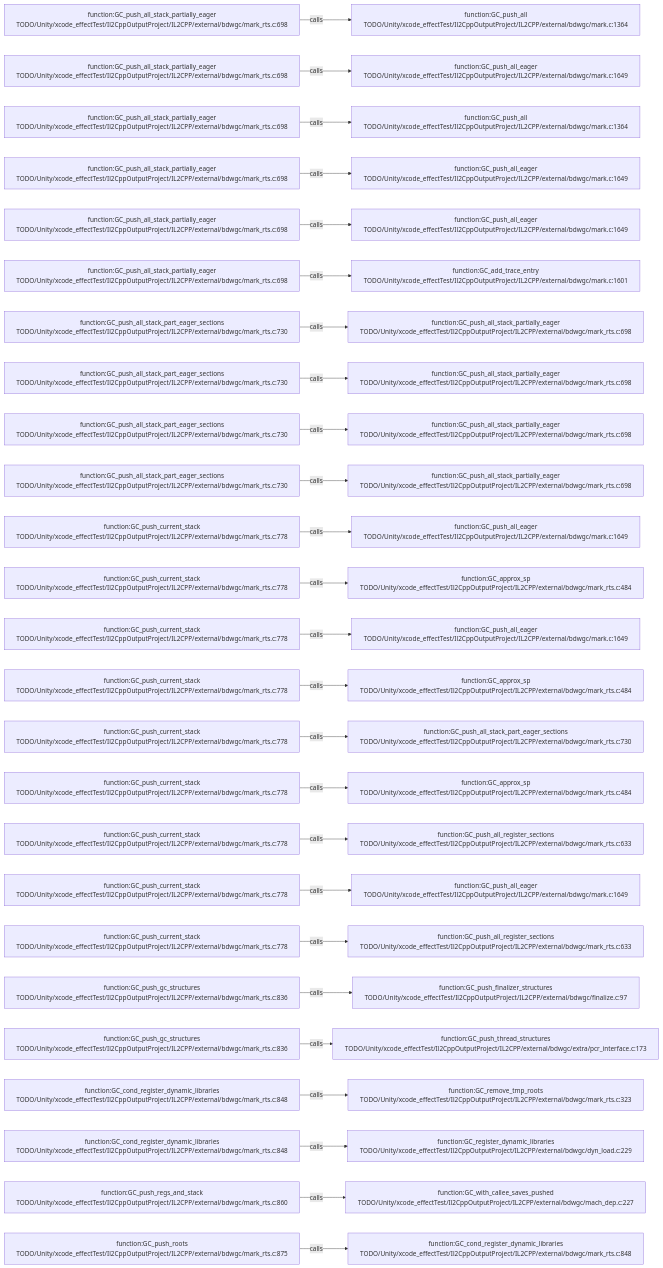
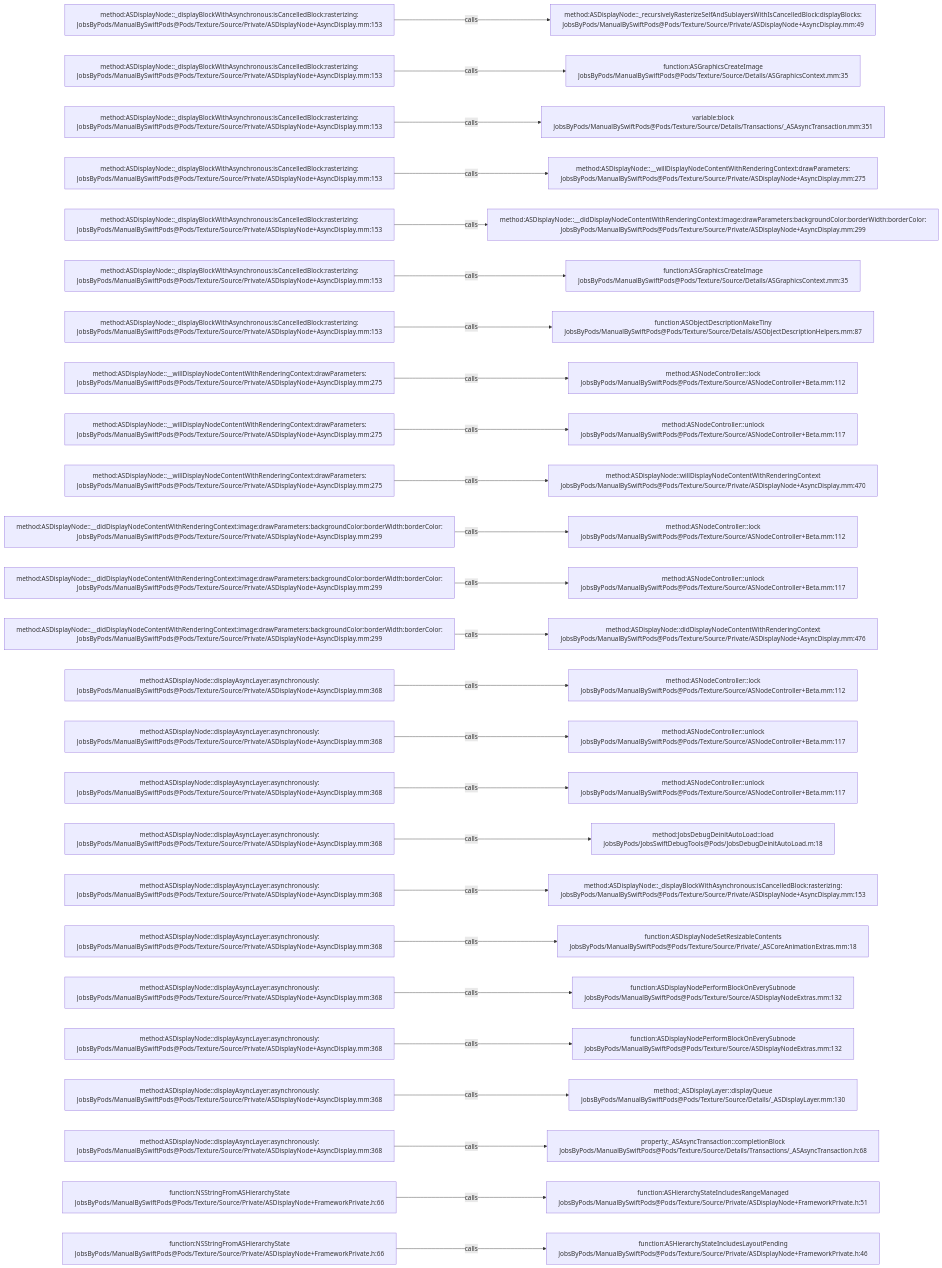
The diagram in .codegraph/codegraph.md/graphs/calls-136.md (JobsKits/JobsSwiftBaseConfigDemo), drawn with Mermaid before and after one commit. The commit also changed 2959 other files, not shown here.

````diff
--- a/.codegraph/codegraph.md/graphs/calls-136.md
+++ b/.codegraph/codegraph.md/graphs/calls-136.md
@@ -13,78 +13,78 @@
 ```mermaid
 flowchart LR
-  S1["function:GC_push_all_stack_partially_eager<br/>TODO/Unity/xcode_effectTest/Il2CppOutputProject/IL2CPP/external/bdwgc/mark_rts.c:698"]
-  T1["function:GC_push_all<br/>TODO/Unity/xcode_effectTest/Il2CppOutputProject/IL2CPP/external/bdwgc/mark.c:1364"]
+  S1["method:ASDisplayNode::_displayBlockWithAsynchronous:isCancelledBlock:rasterizing:<br/>JobsByPods/ManualBySwiftPods@Pods/Texture/Source/Private/ASDisplayNode+AsyncDisplay.mm:153"]
+  T1["method:ASDisplayNode::_recursivelyRasterizeSelfAndSublayersWithIsCancelledBlock:displayBlocks:<br/>JobsByPods/ManualBySwiftPods@Pods/Texture/Source/Private/ASDisplayNode+AsyncDisplay.mm:49"]
   S1 -->|calls| T1
-  S2["function:GC_push_all_stack_partially_eager<br/>TODO/Unity/xcode_effectTest/Il2CppOutputProject/IL2CPP/external/bdwgc/mark_rts.c:698"]
-  T2["function:GC_push_all_eager<br/>TODO/Unity/xcode_effectTest/Il2CppOutputProject/IL2CPP/external/bdwgc/mark.c:1649"]
+  S2["method:ASDisplayNode::_displayBlockWithAsynchronous:isCancelledBlock:rasterizing:<br/>JobsByPods/ManualBySwiftPods@Pods/Texture/Source/Private/ASDisplayNode+AsyncDisplay.mm:153"]
+  T2["function:ASGraphicsCreateImage<br/>JobsByPods/ManualBySwiftPods@Pods/Texture/Source/Details/ASGraphicsContext.mm:35"]
   S2 -->|calls| T2
-  S3["function:GC_push_all_stack_partially_eager<br/>TODO/Unity/xcode_effectTest/Il2CppOutputProject/IL2CPP/external/bdwgc/mark_rts.c:698"]
-  T3["function:GC_push_all<br/>TODO/Unity/xcode_effectTest/Il2CppOutputProject/IL2CPP/external/bdwgc/mark.c:1364"]
+  S3["method:ASDisplayNode::_displayBlockWithAsynchronous:isCancelledBlock:rasterizing:<br/>JobsByPods/ManualBySwiftPods@Pods/Texture/Source/Private/ASDisplayNode+AsyncDisplay.mm:153"]
+  T3["variable:block<br/>JobsByPods/ManualBySwiftPods@Pods/Texture/Source/Details/Transactions/_ASAsyncTransaction.mm:351"]
   S3 -->|calls| T3
-  S4["function:GC_push_all_stack_partially_eager<br/>TODO/Unity/xcode_effectTest/Il2CppOutputProject/IL2CPP/external/bdwgc/mark_rts.c:698"]
-  T4["function:GC_push_all_eager<br/>TODO/Unity/xcode_effectTest/Il2CppOutputProject/IL2CPP/external/bdwgc/mark.c:1649"]
+  S4["method:ASDisplayNode::_displayBlockWithAsynchronous:isCancelledBlock:rasterizing:<br/>JobsByPods/ManualBySwiftPods@Pods/Texture/Source/Private/ASDisplayNode+AsyncDisplay.mm:153"]
+  T4["method:ASDisplayNode::__willDisplayNodeContentWithRenderingContext:drawParameters:<br/>JobsByPods/ManualBySwiftPods@Pods/Texture/Source/Private/ASDisplayNode+AsyncDisplay.mm:275"]
   S4 -->|calls| T4
-  S5["function:GC_push_all_stack_partially_eager<br/>TODO/Unity/xcode_effectTest/Il2CppOutputProject/IL2CPP/external/bdwgc/mark_rts.c:698"]
-  T5["function:GC_push_all_eager<br/>TODO/Unity/xcode_effectTest/Il2CppOutputProject/IL2CPP/external/bdwgc/mark.c:1649"]
+  S5["method:ASDisplayNode::_displayBlockWithAsynchronous:isCancelledBlock:rasterizing:<br/>JobsByPods/ManualBySwiftPods@Pods/Texture/Source/Private/ASDisplayNode+AsyncDisplay.mm:153"]
+  T5["method:ASDisplayNode::__didDisplayNodeContentWithRenderingContext:image:drawParameters:backgroundColor:borderWidth:borderColor:<br/>JobsByPods/ManualBySwiftPods@Pods/Texture/Source/Private/ASDisplayNode+AsyncDisplay.mm:299"]
   S5 -->|calls| T5
-  S6["function:GC_push_all_stack_partially_eager<br/>TODO/Unity/xcode_effectTest/Il2CppOutputProject/IL2CPP/external/bdwgc/mark_rts.c:698"]
-  T6["function:GC_add_trace_entry<br/>TODO/Unity/xcode_effectTest/Il2CppOutputProject/IL2CPP/external/bdwgc/mark.c:1601"]
+  S6["method:ASDisplayNode::_displayBlockWithAsynchronous:isCancelledBlock:rasterizing:<br/>JobsByPods/ManualBySwiftPods@Pods/Texture/Source/Private/ASDisplayNode+AsyncDisplay.mm:153"]
+  T6["function:ASGraphicsCreateImage<br/>JobsByPods/ManualBySwiftPods@Pods/Texture/Source/Details/ASGraphicsContext.mm:35"]
   S6 -->|calls| T6
-  S7["function:GC_push_all_stack_part_eager_sections<br/>TODO/Unity/xcode_effectTest/Il2CppOutputProject/IL2CPP/external/bdwgc/mark_rts.c:730"]
-  T7["function:GC_push_all_stack_partially_eager<br/>TODO/Unity/xcode_effectTest/Il2CppOutputProject/IL2CPP/external/bdwgc/mark_rts.c:698"]
+  S7["method:ASDisplayNode::_displayBlockWithAsynchronous:isCancelledBlock:rasterizing:<br/>JobsByPods/ManualBySwiftPods@Pods/Texture/Source/Private/ASDisplayNode+AsyncDisplay.mm:153"]
+  T7["function:ASObjectDescriptionMakeTiny<br/>JobsByPods/ManualBySwiftPods@Pods/Texture/Source/Details/ASObjectDescriptionHelpers.mm:87"]
   S7 -->|calls| T7
-  S8["function:GC_push_all_stack_part_eager_sections<br/>TODO/Unity/xcode_effectTest/Il2CppOutputProject/IL2CPP/external/bdwgc/mark_rts.c:730"]
-  T8["function:GC_push_all_stack_partially_eager<br/>TODO/Unity/xcode_effectTest/Il2CppOutputProject/IL2CPP/external/bdwgc/mark_rts.c:698"]
+  S8["method:ASDisplayNode::__willDisplayNodeContentWithRenderingContext:drawParameters:<br/>JobsByPods/ManualBySwiftPods@Pods/Texture/Source/Private/ASDisplayNode+AsyncDisplay.mm:275"]
+  T8["method:ASNodeController::lock<br/>JobsByPods/ManualBySwiftPods@Pods/Texture/Source/ASNodeController+Beta.mm:112"]
   S8 -->|calls| T8
-  S9["function:GC_push_all_stack_part_eager_sections<br/>TODO/Unity/xcode_effectTest/Il2CppOutputProject/IL2CPP/external/bdwgc/mark_rts.c:730"]
-  T9["function:GC_push_all_stack_partially_eager<br/>TODO/Unity/xcode_effectTest/Il2CppOutputProject/IL2CPP/external/bdwgc/mark_rts.c:698"]
+  S9["method:ASDisplayNode::__willDisplayNodeContentWithRenderingContext:drawParameters:<br/>JobsByPods/ManualBySwiftPods@Pods/Texture/Source/Private/ASDisplayNode+AsyncDisplay.mm:275"]
+  T9["method:ASNodeController::unlock<br/>JobsByPods/ManualBySwiftPods@Pods/Texture/Source/ASNodeController+Beta.mm:117"]
   S9 -->|calls| T9
-  S10["function:GC_push_all_stack_part_eager_sections<br/>TODO/Unity/xcode_effectTest/Il2CppOutputProject/IL2CPP/external/bdwgc/mark_rts.c:730"]
-  T10["function:GC_push_all_stack_partially_eager<br/>TODO/Unity/xcode_effectTest/Il2CppOutputProject/IL2CPP/external/bdwgc/mark_rts.c:698"]
+  S10["method:ASDisplayNode::__willDisplayNodeContentWithRenderingContext:drawParameters:<br/>JobsByPods/ManualBySwiftPods@Pods/Texture/Source/Private/ASDisplayNode+AsyncDisplay.mm:275"]
+  T10["method:ASDisplayNode::willDisplayNodeContentWithRenderingContext<br/>JobsByPods/ManualBySwiftPods@Pods/Texture/Source/Private/ASDisplayNode+AsyncDisplay.mm:470"]
   S10 -->|calls| T10
-  S11["function:GC_push_current_stack<br/>TODO/Unity/xcode_effectTest/Il2CppOutputProject/IL2CPP/external/bdwgc/mark_rts.c:778"]
-  T11["function:GC_push_all_eager<br/>TODO/Unity/xcode_effectTest/Il2CppOutputProject/IL2CPP/external/bdwgc/mark.c:1649"]
+  S11["method:ASDisplayNode::__didDisplayNodeContentWithRenderingContext:image:drawParameters:backgroundColor:borderWidth:borderColor:<br/>JobsByPods/ManualBySwiftPods@Pods/Texture/Source/Private/ASDisplayNode+AsyncDisplay.mm:299"]
+  T11["method:ASNodeController::lock<br/>JobsByPods/ManualBySwiftPods@Pods/Texture/Source/ASNodeController+Beta.mm:112"]
   S11 -->|calls| T11
-  S12["function:GC_push_current_stack<br/>TODO/Unity/xcode_effectTest/Il2CppOutputProject/IL2CPP/external/bdwgc/mark_rts.c:778"]
-  T12["function:GC_approx_sp<br/>TODO/Unity/xcode_effectTest/Il2CppOutputProject/IL2CPP/external/bdwgc/mark_rts.c:484"]
+  S12["method:ASDisplayNode::__didDisplayNodeContentWithRenderingContext:image:drawParameters:backgroundColor:borderWidth:borderColor:<br/>JobsByPods/ManualBySwiftPods@Pods/Texture/Source/Private/ASDisplayNode+AsyncDisplay.mm:299"]
+  T12["method:ASNodeController::unlock<br/>JobsByPods/ManualBySwiftPods@Pods/Texture/Source/ASNodeController+Beta.mm:117"]
   S12 -->|calls| T12
-  S13["function:GC_push_current_stack<br/>TODO/Unity/xcode_effectTest/Il2CppOutputProject/IL2CPP/external/bdwgc/mark_rts.c:778"]
-  T13["function:GC_push_all_eager<br/>TODO/Unity/xcode_effectTest/Il2CppOutputProject/IL2CPP/external/bdwgc/mark.c:1649"]
+  S13["method:ASDisplayNode::__didDisplayNodeContentWithRenderingContext:image:drawParameters:backgroundColor:borderWidth:borderColor:<br/>JobsByPods/ManualBySwiftPods@Pods/Texture/Source/Private/ASDisplayNode+AsyncDisplay.mm:299"]
+  T13["method:ASDisplayNode::didDisplayNodeContentWithRenderingContext<br/>JobsByPods/ManualBySwiftPods@Pods/Texture/Source/Private/ASDisplayNode+AsyncDisplay.mm:476"]
   S13 -->|calls| T13
-  S14["function:GC_push_current_stack<br/>TODO/Unity/xcode_effectTest/Il2CppOutputProject/IL2CPP/external/bdwgc/mark_rts.c:778"]
-  T14["function:GC_approx_sp<br/>TODO/Unity/xcode_effectTest/Il2CppOutputProject/IL2CPP/external/bdwgc/mark_rts.c:484"]
+  S14["method:ASDisplayNode::displayAsyncLayer:asynchronously:<br/>JobsByPods/ManualBySwiftPods@Pods/Texture/Source/Private/ASDisplayNode+AsyncDisplay.mm:368"]
+  T14["method:ASNodeController::lock<br/>JobsByPods/ManualBySwiftPods@Pods/Texture/Source/ASNodeController+Beta.mm:112"]
   S14 -->|calls| T14
-  S15["function:GC_push_current_stack<br/>TODO/Unity/xcode_effectTest/Il2CppOutputProject/IL2CPP/external/bdwgc/mark_rts.c:778"]
-  T15["function:GC_push_all_stack_part_eager_sections<br/>TODO/Unity/xcode_effectTest/Il2CppOutputProject/IL2CPP/external/bdwgc/mark_rts.c:730"]
+  S15["method:ASDisplayNode::displayAsyncLayer:asynchronously:<br/>JobsByPods/ManualBySwiftPods@Pods/Texture/Source/Private/ASDisplayNode+AsyncDisplay.mm:368"]
+  T15["method:ASNodeController::unlock<br/>JobsByPods/ManualBySwiftPods@Pods/Texture/Source/ASNodeController+Beta.mm:117"]
   S15 -->|calls| T15
-  S16["function:GC_push_current_stack<br/>TODO/Unity/xcode_effectTest/Il2CppOutputProject/IL2CPP/external/bdwgc/mark_rts.c:778"]
-  T16["function:GC_approx_sp<br/>TODO/Unity/xcode_effectTest/Il2CppOutputProject/IL2CPP/external/bdwgc/mark_rts.c:484"]
+  S16["method:ASDisplayNode::displayAsyncLayer:asynchronously:<br/>JobsByPods/ManualBySwiftPods@Pods/Texture/Source/Private/ASDisplayNode+AsyncDisplay.mm:368"]
+  T16["method:ASNodeController::unlock<br/>JobsByPods/ManualBySwiftPods@Pods/Texture/Source/ASNodeController+Beta.mm:117"]
   S16 -->|calls| T16
-  S17["function:GC_push_current_stack<br/>TODO/Unity/xcode_effectTest/Il2CppOutputProject/IL2CPP/external/bdwgc/mark_rts.c:778"]
-  T17["function:GC_push_all_register_sections<br/>TODO/Unity/xcode_effectTest/Il2CppOutputProject/IL2CPP/external/bdwgc/mark_rts.c:633"]
+  S17["method:ASDisplayNode::displayAsyncLayer:asynchronously:<br/>JobsByPods/ManualBySwiftPods@Pods/Texture/Source/Private/ASDisplayNode+AsyncDisplay.mm:368"]
+  T17["method:JobsDebugDeinitAutoLoad::load<br/>JobsByPods/JobsSwiftDebugTools@Pods/JobsDebugDeinitAutoLoad.m:18"]
   S17 -->|calls| T17
-  S18["function:GC_push_current_stack<br/>TODO/Unity/xcode_effectTest/Il2CppOutputProject/IL2CPP/external/bdwgc/mark_rts.c:778"]
-  T18["function:GC_push_all_eager<br/>TODO/Unity/xcode_effectTest/Il2CppOutputProject/IL2CPP/external/bdwgc/mark.c:1649"]
+  S18["method:ASDisplayNode::displayAsyncLayer:asynchronously:<br/>JobsByPods/ManualBySwiftPods@Pods/Texture/Source/Private/ASDisplayNode+AsyncDisplay.mm:368"]
+  T18["method:ASDisplayNode::_displayBlockWithAsynchronous:isCancelledBlock:rasterizing:<br/>JobsByPods/ManualBySwiftPods@Pods/Texture/Source/Private/ASDisplayNode+AsyncDisplay.mm:153"]
   S18 -->|calls| T18
-  S19["function:GC_push_current_stack<br/>TODO/Unity/xcode_effectTest/Il2CppOutputProject/IL2CPP/external/bdwgc/mark_rts.c:778"]
-  T19["function:GC_push_all_register_sections<br/>TODO/Unity/xcode_effectTest/Il2CppOutputProject/IL2CPP/external/bdwgc/mark_rts.c:633"]
+  S19["method:ASDisplayNode::displayAsyncLayer:asynchronously:<br/>JobsByPods/ManualBySwiftPods@Pods/Texture/Source/Private/ASDisplayNode+AsyncDisplay.mm:368"]
+  T19["function:ASDisplayNodeSetResizableContents<br/>JobsByPods/ManualBySwiftPods@Pods/Texture/Source/Private/_ASCoreAnimationExtras.mm:18"]
   S19 -->|calls| T19
-  S20["function:GC_push_gc_structures<br/>TODO/Unity/xcode_effectTest/Il2CppOutputProject/IL2CPP/external/bdwgc/mark_rts.c:836"]
-  T20["function:GC_push_finalizer_structures<br/>TODO/Unity/xcode_effectTest/Il2CppOutputProject/IL2CPP/external/bdwgc/finalize.c:97"]
+  S20["method:ASDisplayNode::displayAsyncLayer:asynchronously:<br/>JobsByPods/ManualBySwiftPods@Pods/Texture/Source/Private/ASDisplayNode+AsyncDisplay.mm:368"]
+  T20["function:ASDisplayNodePerformBlockOnEverySubnode<br/>JobsByPods/ManualBySwiftPods@Pods/Texture/Source/ASDisplayNodeExtras.mm:132"]
   S20 -->|calls| T20
-  S21["function:GC_push_gc_structures<br/>TODO/Unity/xcode_effectTest/Il2CppOutputProject/IL2CPP/external/bdwgc/mark_rts.c:836"]
-  T21["function:GC_push_thread_structures<br/>TODO/Unity/xcode_effectTest/Il2CppOutputProject/IL2CPP/external/bdwgc/extra/pcr_interface.c:173"]
+  S21["method:ASDisplayNode::displayAsyncLayer:asynchronously:<br/>JobsByPods/ManualBySwiftPods@Pods/Texture/Source/Private/ASDisplayNode+AsyncDisplay.mm:368"]
+  T21["function:ASDisplayNodePerformBlockOnEverySubnode<br/>JobsByPods/ManualBySwiftPods@Pods/Texture/Source/ASDisplayNodeExtras.mm:132"]
   S21 -->|calls| T21
-  S22["function:GC_cond_register_dynamic_libraries<br/>TODO/Unity/xcode_effectTest/Il2CppOutputProject/IL2CPP/external/bdwgc/mark_rts.c:848"]
-  T22["function:GC_remove_tmp_roots<br/>TODO/Unity/xcode_effectTest/Il2CppOutputProject/IL2CPP/external/bdwgc/mark_rts.c:323"]
+  S22["method:ASDisplayNode::displayAsyncLayer:asynchronously:<br/>JobsByPods/ManualBySwiftPods@Pods/Texture/Source/Private/ASDisplayNode+AsyncDisplay.mm:368"]
+  T22["method:_ASDisplayLayer::displayQueue<br/>JobsByPods/ManualBySwiftPods@Pods/Texture/Source/Details/_ASDisplayLayer.mm:130"]
   S22 -->|calls| T22
-  S23["function:GC_cond_register_dynamic_libraries<br/>TODO/Unity/xcode_effectTest/Il2CppOutputProject/IL2CPP/external/bdwgc/mark_rts.c:848"]
-  T23["function:GC_register_dynamic_libraries<br/>TODO/Unity/xcode_effectTest/Il2CppOutputProject/IL2CPP/external/bdwgc/dyn_load.c:229"]
+  S23["method:ASDisplayNode::displayAsyncLayer:asynchronously:<br/>JobsByPods/ManualBySwiftPods@Pods/Texture/Source/Private/ASDisplayNode+AsyncDisplay.mm:368"]
+  T23["property:_ASAsyncTransaction::completionBlock<br/>JobsByPods/ManualBySwiftPods@Pods/Texture/Source/Details/Transactions/_ASAsyncTransaction.h:68"]
   S23 -->|calls| T23
-  S24["function:GC_push_regs_and_stack<br/>TODO/Unity/xcode_effectTest/Il2CppOutputProject/IL2CPP/external/bdwgc/mark_rts.c:860"]
-  T24["function:GC_with_callee_saves_pushed<br/>TODO/Unity/xcode_effectTest/Il2CppOutputProject/IL2CPP/external/bdwgc/mach_dep.c:227"]
+  S24["function:NSStringFromASHierarchyState<br/>JobsByPods/ManualBySwiftPods@Pods/Texture/Source/Private/ASDisplayNode+FrameworkPrivate.h:66"]
+  T24["function:ASHierarchyStateIncludesRangeManaged<br/>JobsByPods/ManualBySwiftPods@Pods/Texture/Source/Private/ASDisplayNode+FrameworkPrivate.h:51"]
   S24 -->|calls| T24
-  S25["function:GC_push_roots<br/>TODO/Unity/xcode_effectTest/Il2CppOutputProject/IL2CPP/external/bdwgc/mark_rts.c:875"]
-  T25["function:GC_cond_register_dynamic_libraries<br/>TODO/Unity/xcode_effectTest/Il2CppOutputProject/IL2CPP/external/bdwgc/mark_rts.c:848"]
+  S25["function:NSStringFromASHierarchyState<br/>JobsByPods/ManualBySwiftPods@Pods/Texture/Source/Private/ASDisplayNode+FrameworkPrivate.h:66"]
+  T25["function:ASHierarchyStateIncludesLayoutPending<br/>JobsByPods/ManualBySwiftPods@Pods/Texture/Source/Private/ASDisplayNode+FrameworkPrivate.h:46"]
   S25 -->|calls| T25
 ```
````
